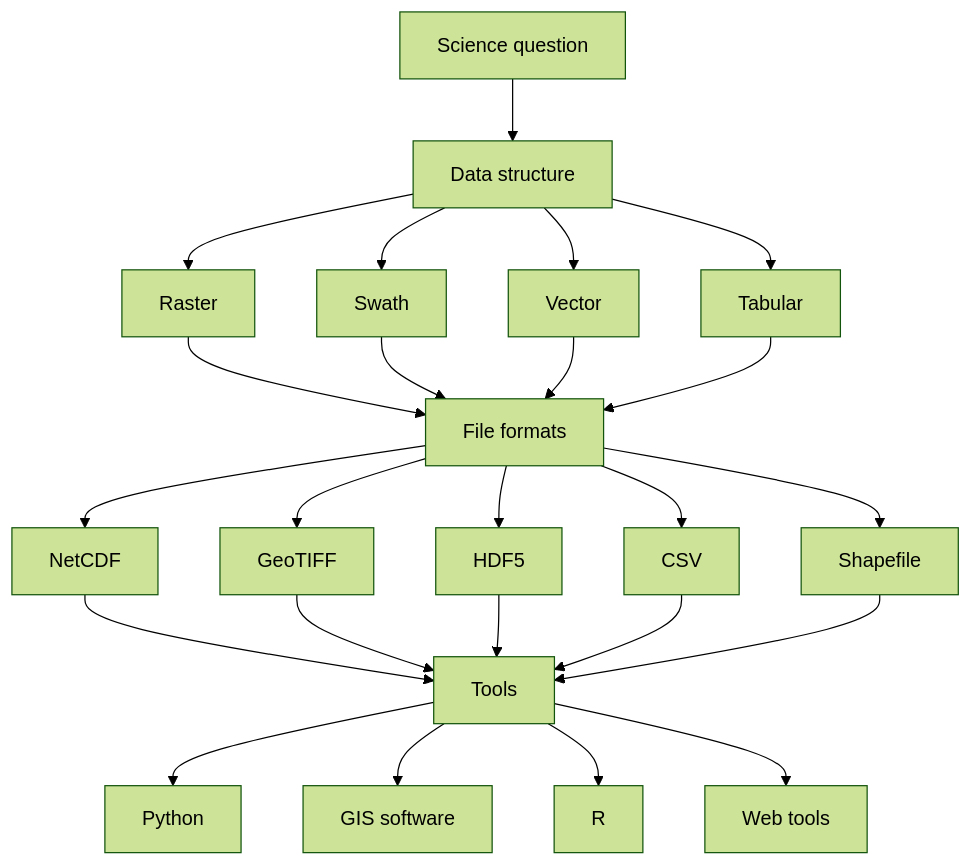
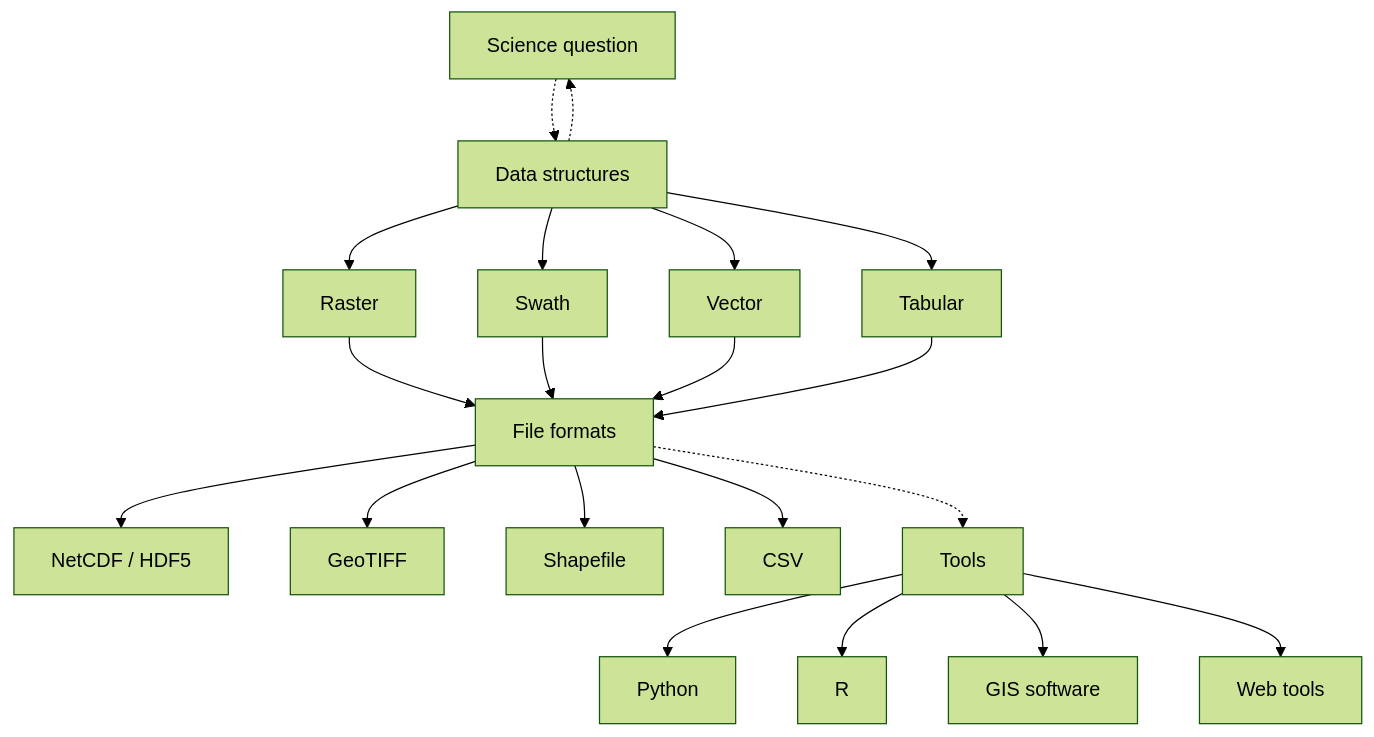
One commit to nsidc/NSIDC-Data-Cookbook changed the diagram in reference-guides/data-structures.qmd. Above: the diagram before and after it, drawn with Mermaid (forest theme). The commit also changed other lines of this file and 1 other file, not shown here.

````diff
--- a/reference-guides/data-structures.qmd
+++ b/reference-guides/data-structures.qmd
@@ -24,31 +24,48 @@
 ```{mermaid}
 flowchart TD
 
-A[Science question] --> B[Data structure]
-B --> B1[Raster]
-B --> B2[Swath]
-B --> B3[Vector]
-B --> B4[Tabular]
+A[Science question]
 
-B1 --> C[File formats]
+B[Data structures]
+B1[Raster]
+B2[Swath]
+B3[Vector]
+B4[Tabular]
+
+C[File formats]
+C1[NetCDF / HDF5]
+C2[GeoTIFF]
+C3[Shapefile]
+C4[CSV]
+
+D[Tools]
+D1[Python]
+D2[R]
+D3[GIS software]
+D4[Web tools]
+
+A -.-> B
+B -.-> A
+
+B --> B1
+B --> B2
+B --> B3
+B --> B4
+
+B1 --> C
 B2 --> C
 B3 --> C
 B4 --> C
 
-C --> C1[NetCDF]
-C --> C2[GeoTIFF]
-C --> C3[HDF5]
-C --> C4[CSV]
-C --> C5[Shapefile]
+C --> C1
+C --> C2
+C --> C3
+C --> C4
 
-C1 --> D[Tools]
-C2 --> D
-C3 --> D
-C4 --> D
-C5 --> D
+C -.-> D
 
-D --> D1[Python]
-D --> D2[GIS software]
-D --> D3[R]
-D --> D4[Web tools]
+D --> D1
+D --> D2
+D --> D3
+D --> D4
 ```
````
